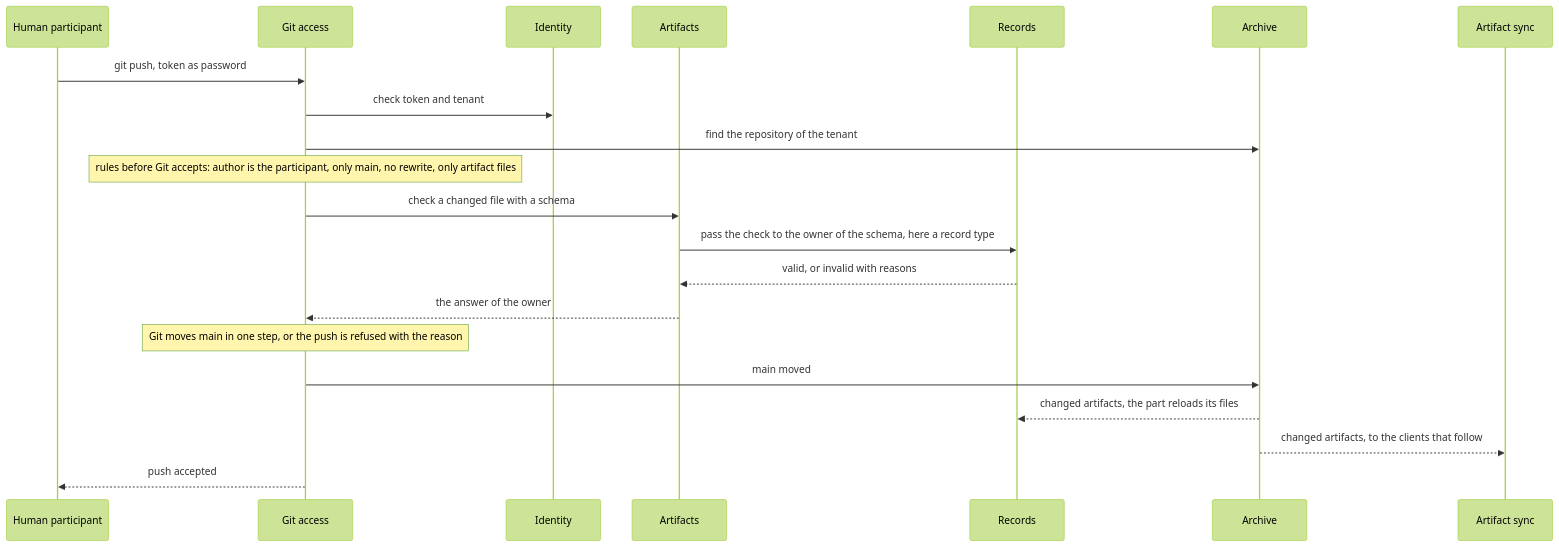
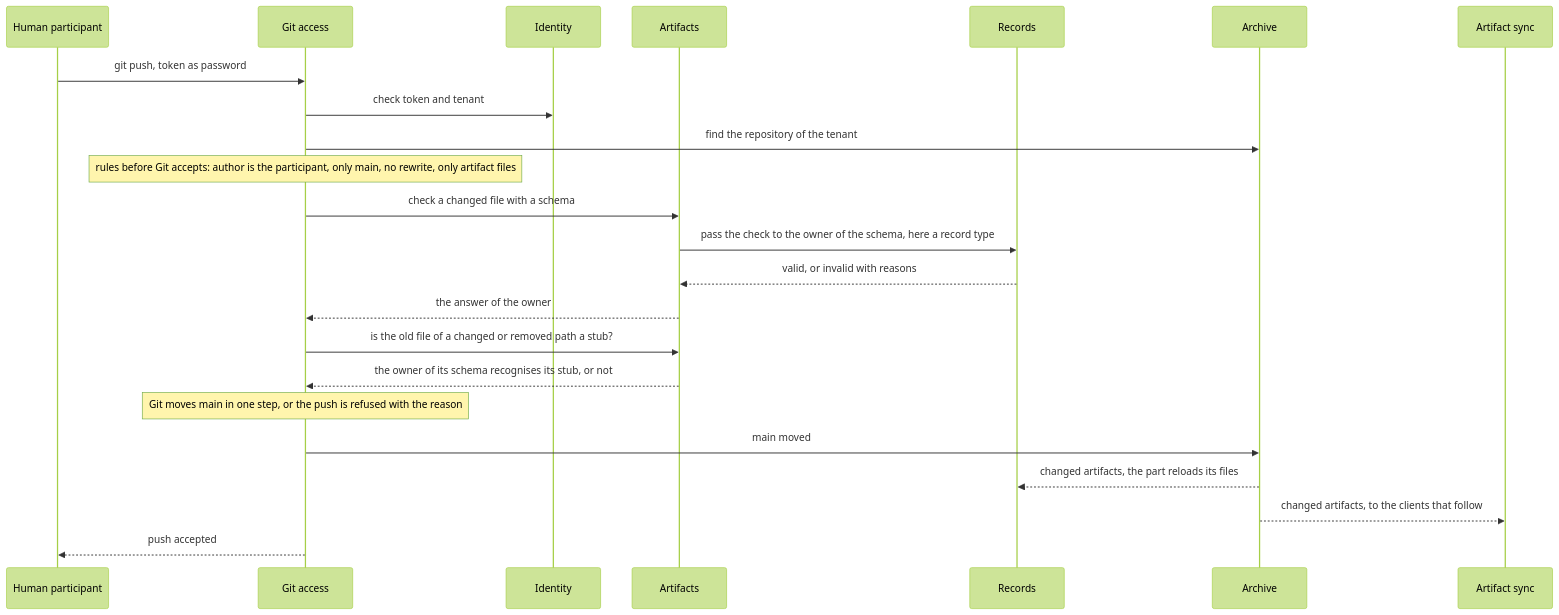
The ninth of 16 diagrams in docs/architecture/06-runtime-view.arc42.md (mrsimpson/agentic-office), drawn with Mermaid (forest theme) before and after one commit. The commit also changed other lines of this file and 21 other files, not shown here.

````diff
--- a/docs/architecture/06-runtime-view.arc42.md
+++ b/docs/architecture/06-runtime-view.arc42.md
@@ -379,23 +381,25 @@
 ```mermaid
 sequenceDiagram
     participant actor_human as Human participant
     participant bb_git_access as Git access
     participant bb_identity as Identity
     participant bb_artifacts as Artifacts
     participant bb_records as Records
     participant bb_archive as Archive
     participant bb_sync as Artifact sync
     actor_human->>bb_git_access: git push, token as password
     bb_git_access->>bb_identity: check token and tenant
     bb_git_access->>bb_archive: find the repository of the tenant
     Note over bb_git_access: rules before Git accepts: author is the participant, only main, no rewrite, only artifact files
     bb_git_access->>bb_artifacts: check a changed file with a schema
     bb_artifacts->>bb_records: pass the check to the owner of the schema, here a record type
     bb_records-->>bb_artifacts: valid, or invalid with reasons
     bb_artifacts-->>bb_git_access: the answer of the owner
+    bb_git_access->>bb_artifacts: is the old file of a changed or removed path a stub?
+    bb_artifacts-->>bb_git_access: the owner of its schema recognises its stub, or not
     Note over bb_git_access: Git moves main in one step, or the push is refused with the reason
     bb_git_access->>bb_archive: main moved
     bb_archive-->>bb_records: changed artifacts, the part reloads its files
     bb_archive-->>bb_sync: changed artifacts, to the clients that follow
     bb_git_access-->>actor_human: push accepted
 ```
````
